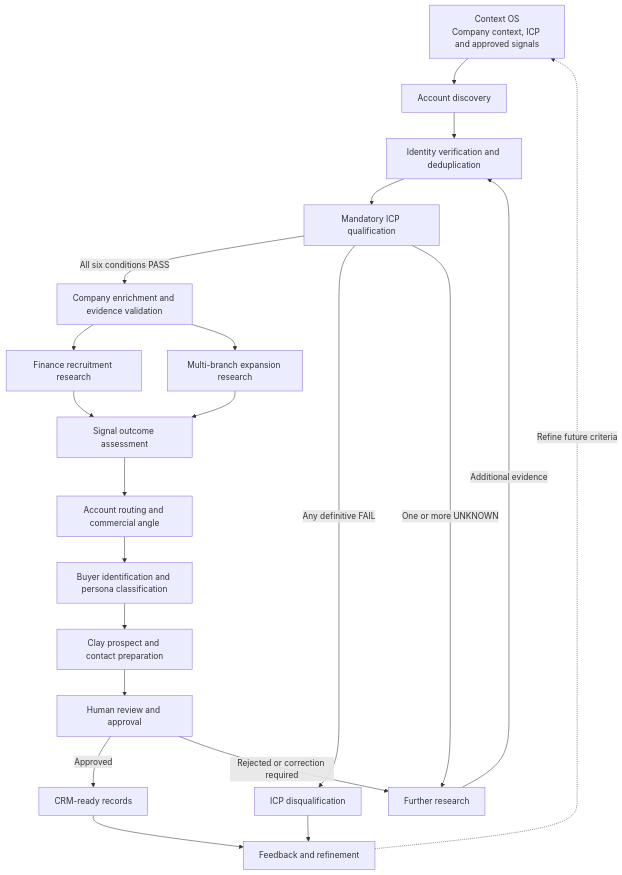
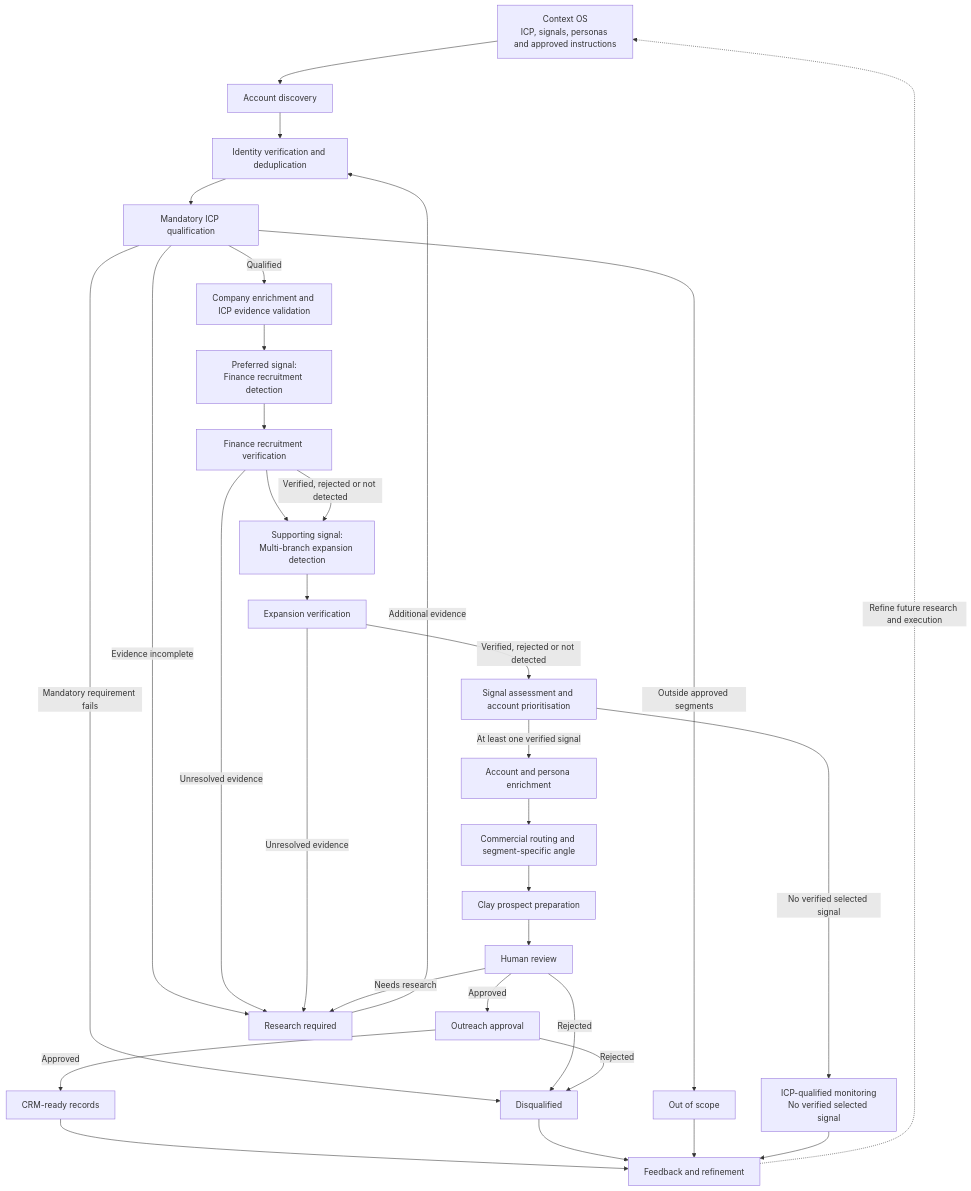
One commit to Hinazom/moniepoint-gtm-systems-os changed the diagram in architecture.md. Above: the diagram before and after it, drawn with Mermaid. The commit also changed other lines of this file and 11 other files, not shown here.

````diff
--- a/architecture.md
+++ b/architecture.md
@@ -39,45 +65,65 @@
 ```mermaid
 flowchart TD
-    A["Context OS<br/>Company context, ICP and approved signals"]
+    A["Context OS<br/>ICP, signals, personas and approved instructions"]
 
     B["Account discovery"]
     C["Identity verification and deduplication"]
     D["Mandatory ICP qualification"]
-    E["Company enrichment and evidence validation"]
-    F["Finance recruitment research"]
-    G["Multi-branch expansion research"]
-    H["Signal outcome assessment"]
-    I["Account routing and commercial angle"]
-    J["Buyer identification and persona classification"]
-    K["Clay prospect and contact preparation"]
-    L["Human review and approval"]
-    M["CRM-ready records"]
+    E["Company enrichment and ICP evidence validation"]
 
-    N["ICP disqualification"]
-    O["Further research"]
-    P["Feedback and refinement"]
+    F["Preferred signal:<br/>Finance recruitment detection"]
+    G["Finance recruitment verification"]
+
+    H["Supporting signal:<br/>Multi-branch expansion detection"]
+    I["Expansion verification"]
+
+    J["Signal assessment and account prioritisation"]
+    K["Account and persona enrichment"]
+    L["Commercial routing and segment-specific angle"]
+    M["Clay prospect preparation"]
+    N["Human review"]
+    O["Outreach approval"]
+    P["CRM-ready records"]
+    Q["Feedback and refinement"]
+
+    R["Disqualified"]
+    S["Out of scope"]
+    T["Research required"]
+    U["ICP-qualified monitoring<br/>No verified selected signal"]
 
     A --> B --> C --> D
 
-    D -->|All six conditions PASS| E
-    D -->|Any definitive FAIL| N
-    D -->|One or more UNKNOWN| O
+    D -->|Qualified| E
+    D -->|Mandatory requirement fails| R
+    D -->|Outside approved segments| S
+    D -->|Evidence incomplete| T
 
-    E --> F
-    E --> G
+    E --> F --> G --> H --> I
 
-    F --> H
-    G --> H
+    G -->|Verified, rejected or not detected| H
+    G -->|Unresolved evidence| T
 
-    H --> I --> J --> K --> L
+    I -->|Verified, rejected or not detected| J
+    I -->|Unresolved evidence| T
 
-    L -->|Approved| M
-    L -->|Rejected or correction required| O
+    J -->|At least one verified signal| K
+    J -->|No verified selected signal| U
 
-    O -->|Additional evidence| C
+    K --> L --> M --> N
 
-    M --> P
-    N --> P
+    N -->|Approved| O
+    N -->|Needs research| T
+    N -->|Rejected| R
 
-    P -.->|Refine future criteria| A
+    O -->|Approved| P
+    O -->|Rejected| R
+
+    T -->|Additional evidence| C
+
+    P --> Q
+    R --> Q
+    S --> Q
+    U --> Q
+
+    Q -.->|Refine future research and execution| A
 ```
````
